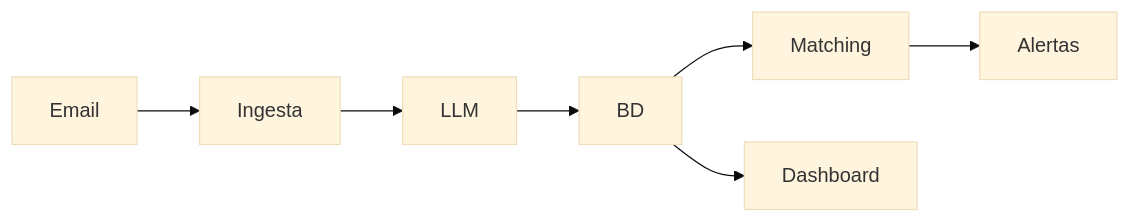
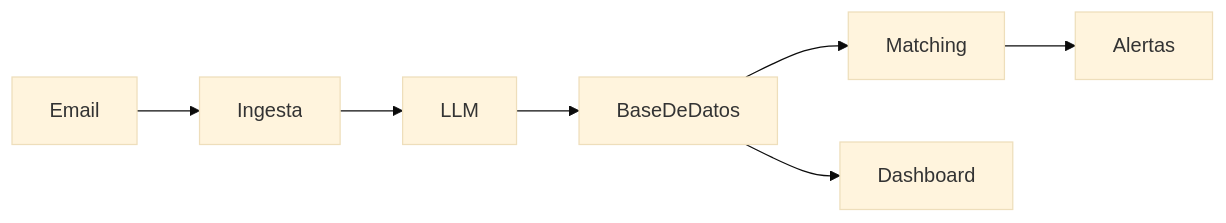
Before and after one commit to ansanabria/obsidian-notes: the second of 9 diagrams in notes/Automatización de correos para Mantenimicros.md, drawn with Mermaid (base theme). The commit also changed other lines of this file and 2 other files, not shown here.

````diff
--- a/notes/Automatización de correos para Mantenimicros.md
+++ b/notes/Automatización de correos para Mantenimicros.md
@@ -48,6 +48,6 @@
 ```mermaid
 flowchart LR
-    Email --> Ingesta --> LLM --> BD
-    BD --> Matching --> Alertas
-    BD --> Dashboard
+    Email --> Ingesta --> LLM --> BaseDeDatos
+    BaseDeDatos --> Matching --> Alertas
+    BaseDeDatos --> Dashboard
 ```
````
